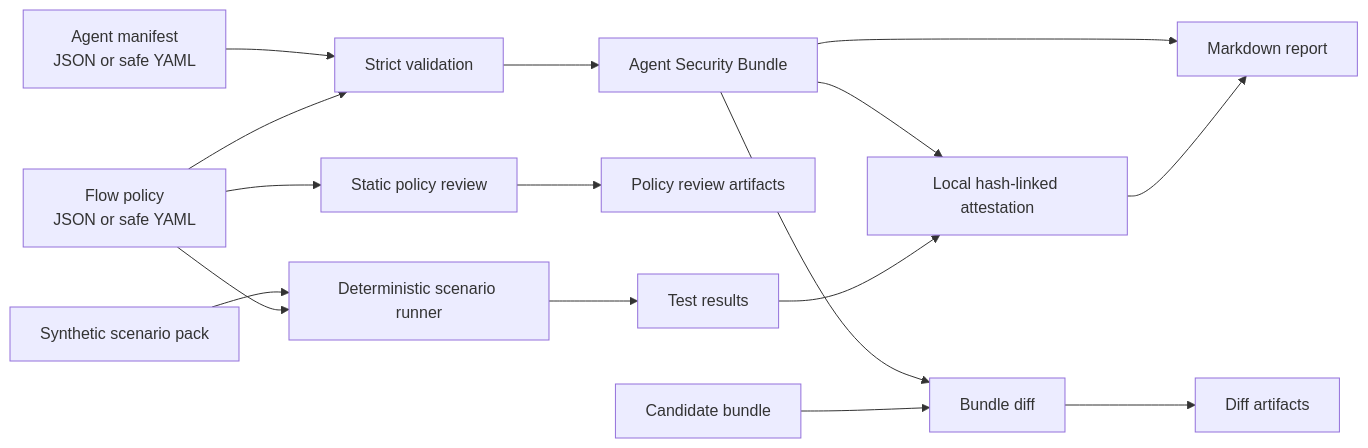
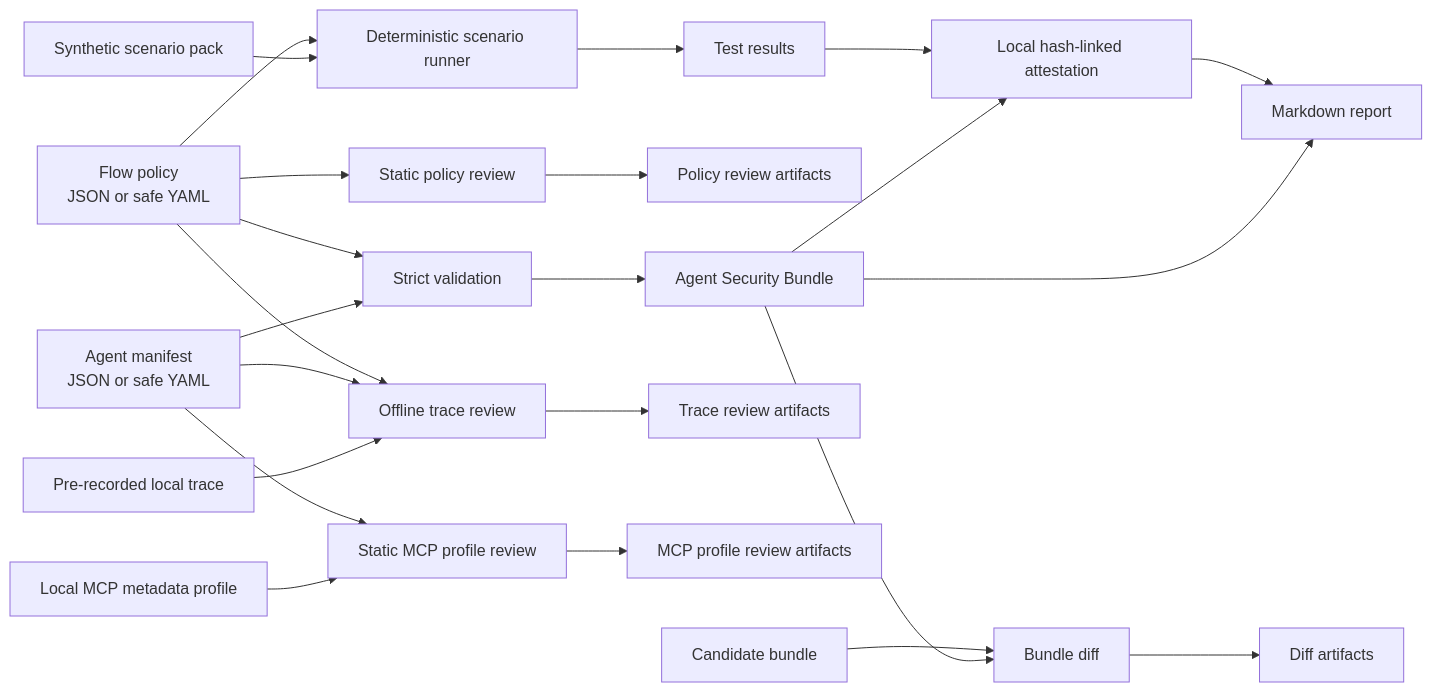
One commit to MohammadThabetHassan/trustweave changed the diagram in docs/ARCHITECTURE.md. Above: the diagram before and after it, drawn with Mermaid. The commit also changed other lines of this file and 16 other files, not shown here.

````diff
--- a/docs/ARCHITECTURE.md
+++ b/docs/ARCHITECTURE.md
@@ -9,18 +9,25 @@
 ```mermaid
 flowchart LR
     M[Agent manifest\nJSON or safe YAML] --> V[Strict validation]
     P[Flow policy\nJSON or safe YAML] --> V
     V --> B[Agent Security Bundle]
     B --> R[Markdown report]
     P --> PR[Static policy review]
     PR --> PRR[Policy review artifacts]
     B --> D[Bundle diff]
     B2[Candidate bundle] --> D
     D --> DR[Diff artifacts]
+    L[Pre-recorded local trace] --> TV[Offline trace review]
+    M --> TV
+    P --> TV
+    TV --> TO[Trace review artifacts]
+    MP[Local MCP metadata profile] --> MC[Static MCP profile review]
+    M --> MC
+    MC --> MO[MCP profile review artifacts]
     S[Synthetic scenario pack] --> T[Deterministic scenario runner]
     P --> T
-    T --> TR[Test results]
+    T --> TS[Test results]
     B --> A[Local hash-linked attestation]
-    TR --> A
+    TS --> A
     A --> R
 ```
````
